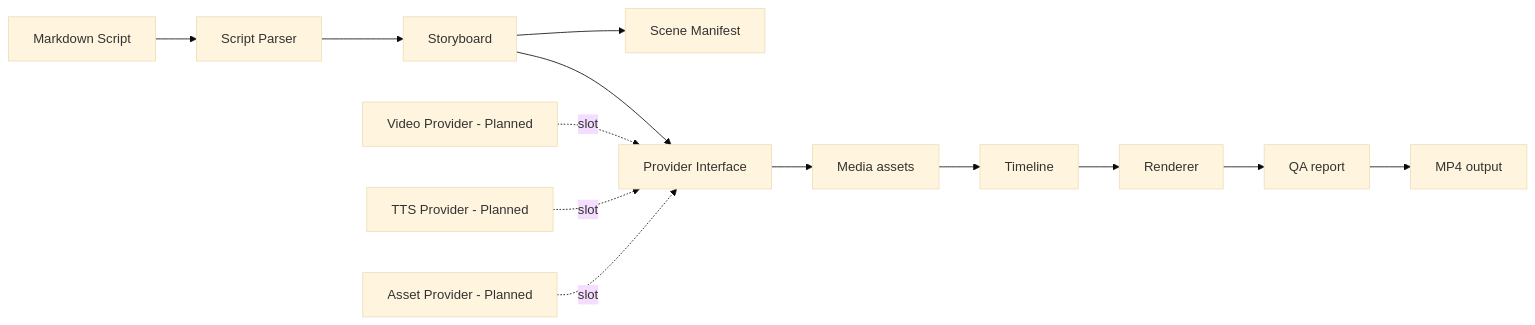
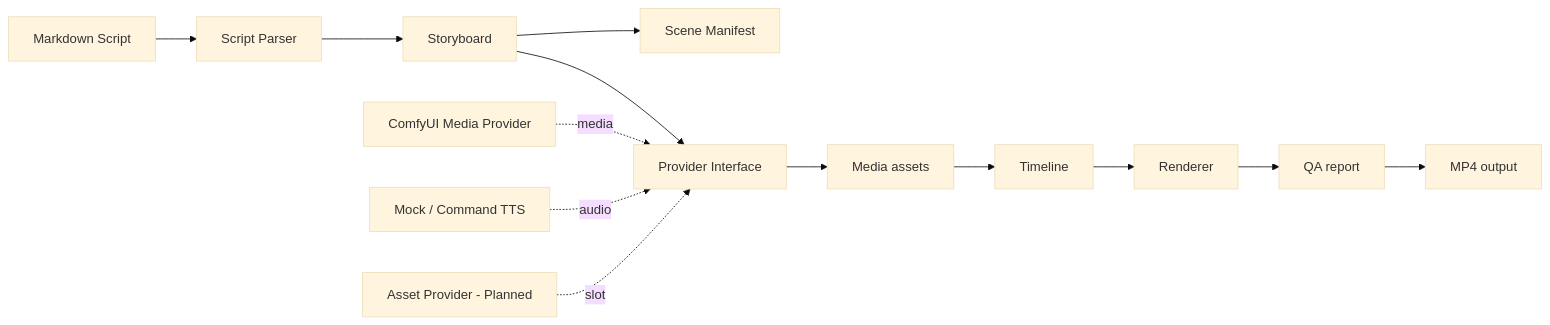
Before and after one commit to emeradutiable111/AutoVideo-Agent: the diagram in README.md, drawn with Mermaid (base theme). The commit also changed other lines of this file and 28 other files, not shown here.

First line of the commit message:
feat: add provider-based real media pipeline

```diff
--- a/README.md
+++ b/README.md
@@ -71,15 +73,15 @@
 ~~~mermaid
 flowchart LR
     Script[Markdown Script] --> Parser[Script Parser]
     Parser --> Storyboard[Storyboard]
     Storyboard --> Manifest[Scene Manifest]
     Storyboard --> Providers[Provider Interface]
     Providers --> Media[Media assets]
     Media --> Timeline[Timeline]
     Timeline --> Renderer[Renderer]
     Renderer --> QA[QA report]
     QA --> MP4[MP4 output]
-    VideoProvider[Video Provider - Planned] -. slot .-> Providers
-    TTSProvider[TTS Provider - Planned] -. slot .-> Providers
+    VideoProvider[ComfyUI Media Provider] -. media .-> Providers
+    TTSProvider[Mock / Command TTS] -. audio .-> Providers
     AssetProvider[Asset Provider - Planned] -. slot .-> Providers
 ~~~
```
